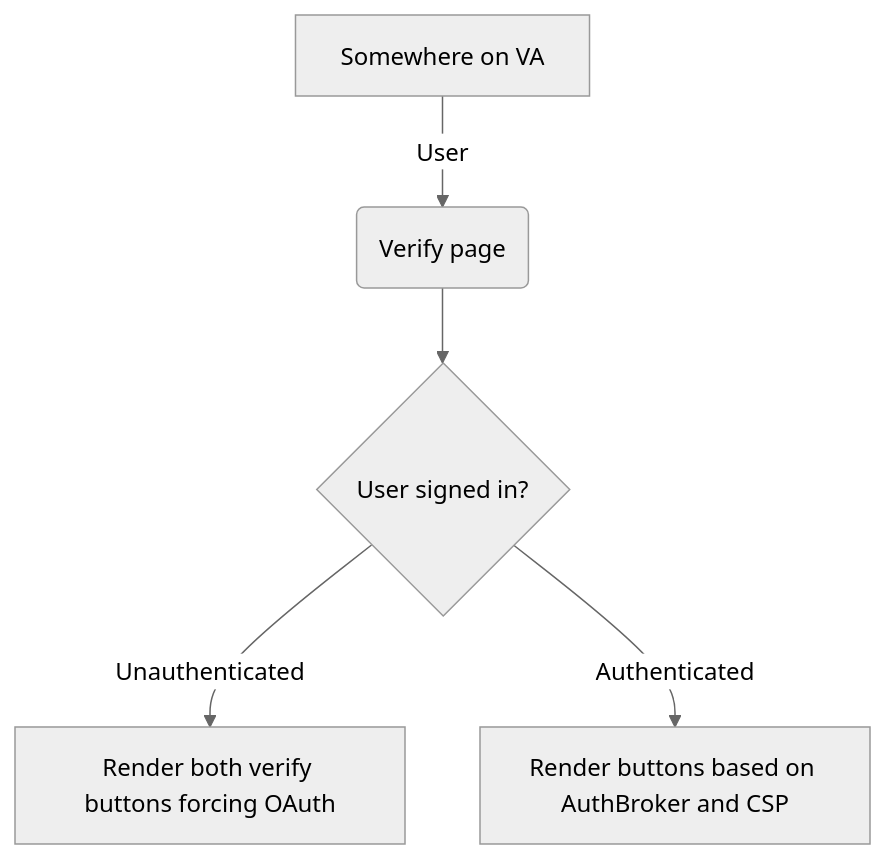
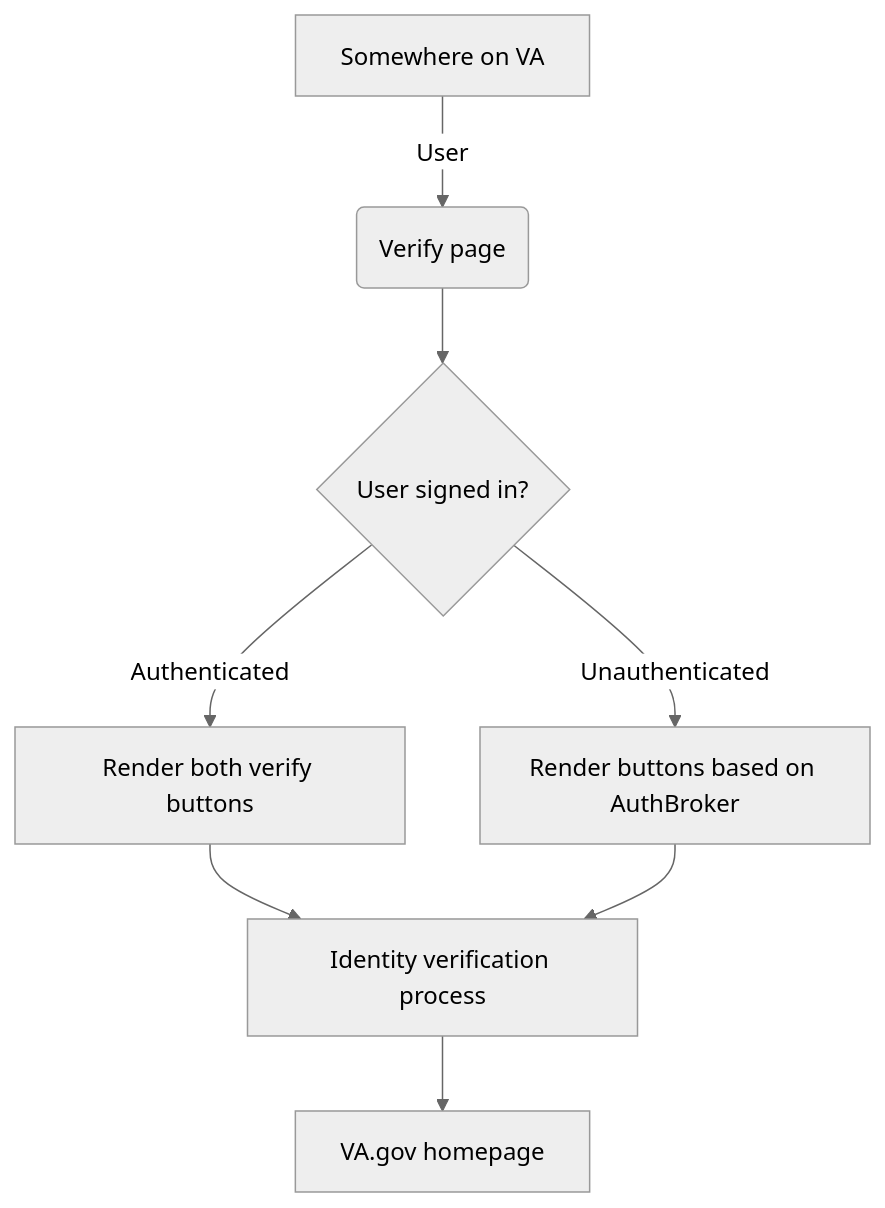
Before and after one commit to department-of-veterans-affairs/va.gov-team: the diagram in products/identity/Frontend/applications/verify.md, drawn with Mermaid (neutral theme).

````diff
--- a/products/identity/Frontend/applications/verify.md
+++ b/products/identity/Frontend/applications/verify.md
@@ -31,7 +31,10 @@
 ```mermaid
 flowchart TD
     A[Somewhere on VA] -->|User| B(Verify page)
     B --> C{User signed in?}
-    C -->|Unauthenticated| D[Render both verify buttons forcing OAuth]
-    C -->|Authenticated| E[Render buttons based on AuthBroker and CSP]
+    C -->|Authenticated| D[Render both verify buttons]
+    C -->|Unauthenticated| E[Render buttons based on AuthBroker]
+    D --> F[Identity verification process]
+    E --> F[Identity verification process]
+    F --> G[VA.gov homepage]
 ```
````
